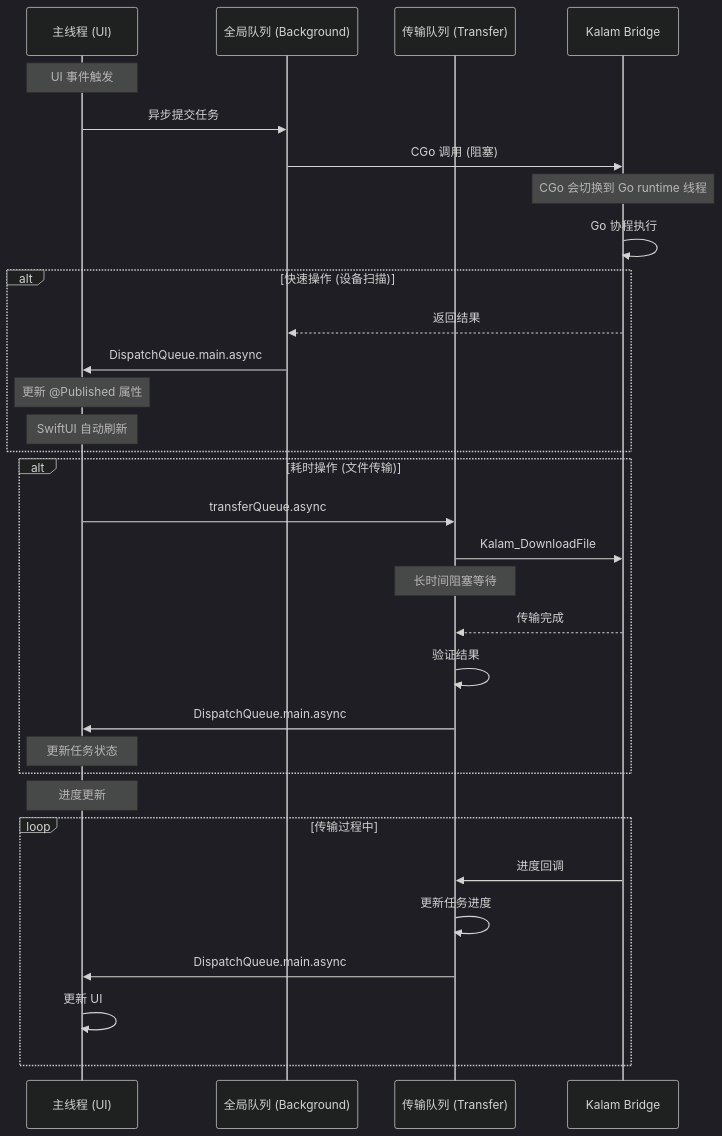
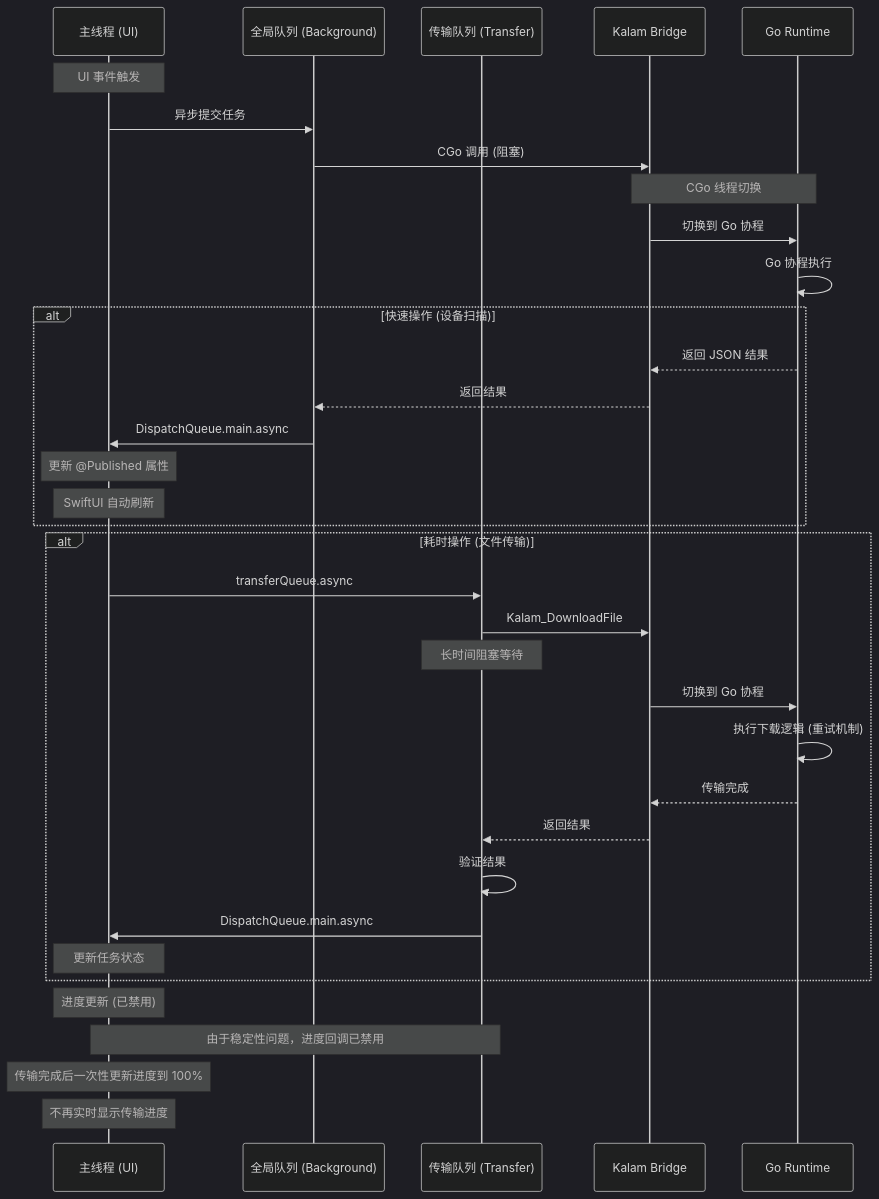
The seventh of 7 diagrams in docs/sequence-diagrams.md (wang93wei/SwiftMTP), drawn with Mermaid (dark theme) before and after one commit. The commit also changed other lines of this file, not shown here.

First line of the commit message:
docs: 更新时序图，添加新功能和安全验证流程

````diff
--- a/docs/sequence-diagrams.md
+++ b/docs/sequence-diagrams.md
@@ -467,41 +614,44 @@
 ```mermaid
 sequenceDiagram
     participant MainThread as 主线程 (UI)
     participant GlobalQueue as 全局队列 (Background)
     participant TransferQueue as 传输队列 (Transfer)
     participant Bridge as Kalam Bridge
+    participant GoRuntime as Go Runtime
 
     Note over MainThread: UI 事件触发
     MainThread->>GlobalQueue: 异步提交任务
     GlobalQueue->>Bridge: CGo 调用 (阻塞)
-    
-    Note over Bridge: CGo 会切换到 Go runtime 线程
-    Bridge->>Bridge: Go 协程执行
-    
+
+    Note over Bridge,GoRuntime: CGo 线程切换
+    Bridge->>GoRuntime: 切换到 Go 协程
+    GoRuntime->>GoRuntime: Go 协程执行
+
     alt 快速操作 (设备扫描)
+        GoRuntime-->>Bridge: 返回 JSON 结果
         Bridge-->>GlobalQueue: 返回结果
         GlobalQueue->>MainThread: DispatchQueue.main.async
         Note over MainThread: 更新 @Published 属性
         Note over MainThread: SwiftUI 自动刷新
     end
 
     alt 耗时操作 (文件传输)
         MainThread->>TransferQueue: transferQueue.async
         TransferQueue->>Bridge: Kalam_DownloadFile
-        
+
         Note over TransferQueue: 长时间阻塞等待
-        Bridge-->>TransferQueue: 传输完成
-        
+        Bridge->>GoRuntime: 切换到 Go 协程
+        GoRuntime->>GoRuntime: 执行下载逻辑 (重试机制)
+        GoRuntime-->>Bridge: 传输完成
+        Bridge-->>TransferQueue: 返回结果
+
         TransferQueue->>TransferQueue: 验证结果
         TransferQueue->>MainThread: DispatchQueue.main.async
         Note over MainThread: 更新任务状态
     end
 
-    Note over MainThread: 进度更新
-    loop 传输过程中
-        Bridge->>TransferQueue: 进度回调
-        TransferQueue->>TransferQueue: 更新任务进度
-        TransferQueue->>MainThread: DispatchQueue.main.async
-        MainThread->>MainThread: 更新 UI
-    end
+    Note over MainThread: 进度更新 (已禁用)
+    Note over MainThread,TransferQueue: 由于稳定性问题，进度回调已禁用
+    Note over MainThread: 传输完成后一次性更新进度到 100%
+    Note over MainThread: 不再实时显示传输进度
 ```
````
